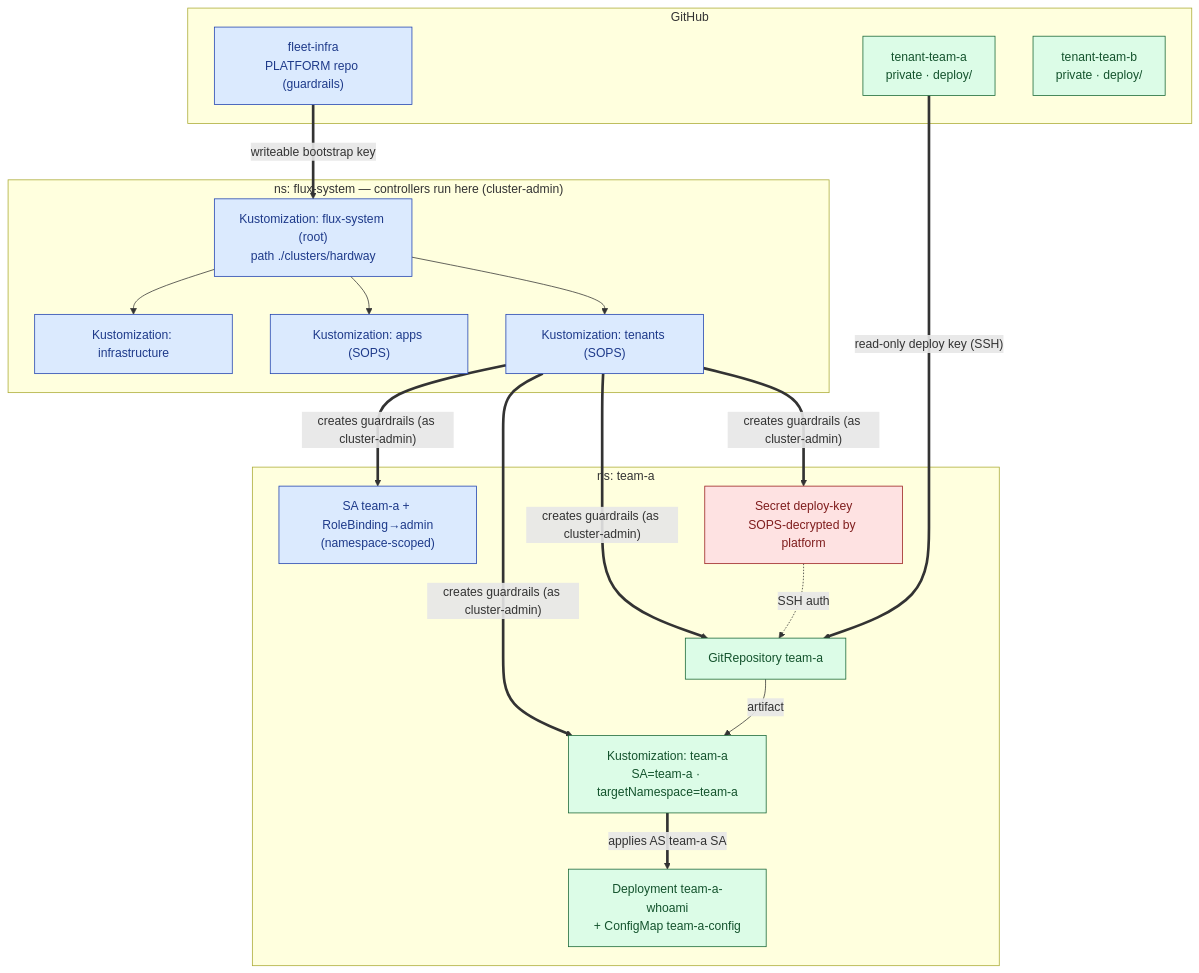
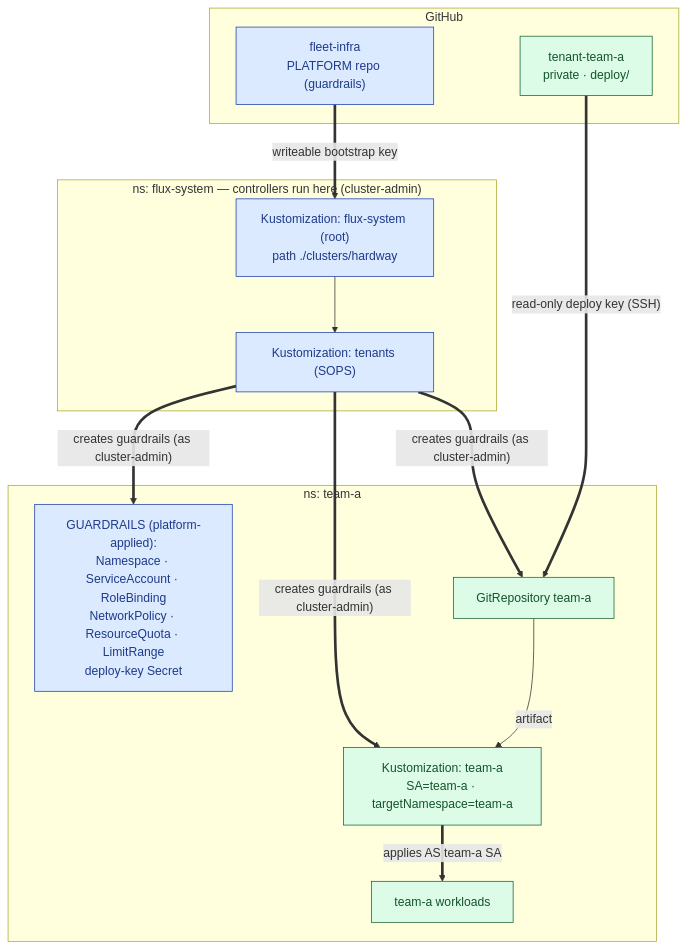
The second of 6 diagrams in docs/tenancy-architecture.md (slikk66/fleet-infra), drawn with Mermaid before and after one commit. The commit also changed other lines of this file and 2 other files, not shown here.

First line of the commit message:
docs: expand tenancy-architecture to all 3 boundaries + MIG; CHEATSHEET session 8

````diff
--- a/docs/tenancy-architecture.md
+++ b/docs/tenancy-architecture.md
@@ -16,37 +55,30 @@
 ```mermaid
 flowchart TB
   classDef plat fill:#dbeafe,stroke:#1e40af,color:#1e3a8a;
   classDef tenant fill:#dcfce7,stroke:#166534,color:#14532d;
   classDef secret fill:#fee2e2,stroke:#991b1b,color:#7f1d1d;
 
   subgraph GH["GitHub"]
     FI["fleet-infra<br/>PLATFORM repo (guardrails)"]:::plat
     TARA["tenant-team-a<br/>private · deploy/"]:::tenant
-    TBRB["tenant-team-b<br/>private · deploy/"]:::tenant
   end
 
   subgraph FS["ns: flux-system — controllers run here (cluster-admin)"]
     ROOT["Kustomization: flux-system (root)<br/>path ./clusters/hardway"]:::plat
-    INFRA["Kustomization: infrastructure"]:::plat
-    APPS["Kustomization: apps (SOPS)"]:::plat
     TEN["Kustomization: tenants (SOPS)"]:::plat
   end
 
   subgraph NSA["ns: team-a"]
-    SAA["SA team-a + RoleBinding→admin<br/>(namespace-scoped)"]:::plat
-    SECA["Secret deploy-key<br/>SOPS-decrypted by platform"]:::secret
+    GUARD["GUARDRAILS (platform-applied):<br/>Namespace · ServiceAccount · RoleBinding<br/>NetworkPolicy · ResourceQuota · LimitRange<br/>deploy-key Secret"]:::plat
     GRA["GitRepository team-a"]:::tenant
     KA["Kustomization: team-a<br/>SA=team-a · targetNamespace=team-a"]:::tenant
-    WLA["Deployment team-a-whoami<br/>+ ConfigMap team-a-config"]:::tenant
+    WLA["team-a workloads"]:::tenant
   end
 
   FI ==>|writeable bootstrap key| ROOT
-  ROOT --> INFRA & APPS & TEN
-  TEN ==>|"creates guardrails (as cluster-admin)"| SAA & SECA & GRA & KA
-  SECA -.->|SSH auth| GRA
+  ROOT --> TEN
+  TEN ==>|"creates guardrails (as cluster-admin)"| GUARD & GRA & KA
   TARA ==>|"read-only deploy key (SSH)"| GRA
   GRA -->|artifact| KA
   KA ==>|"applies AS team-a SA"| WLA
-
-  %% team-b is an identical mirror of the team-a subgraph
 ```
````
